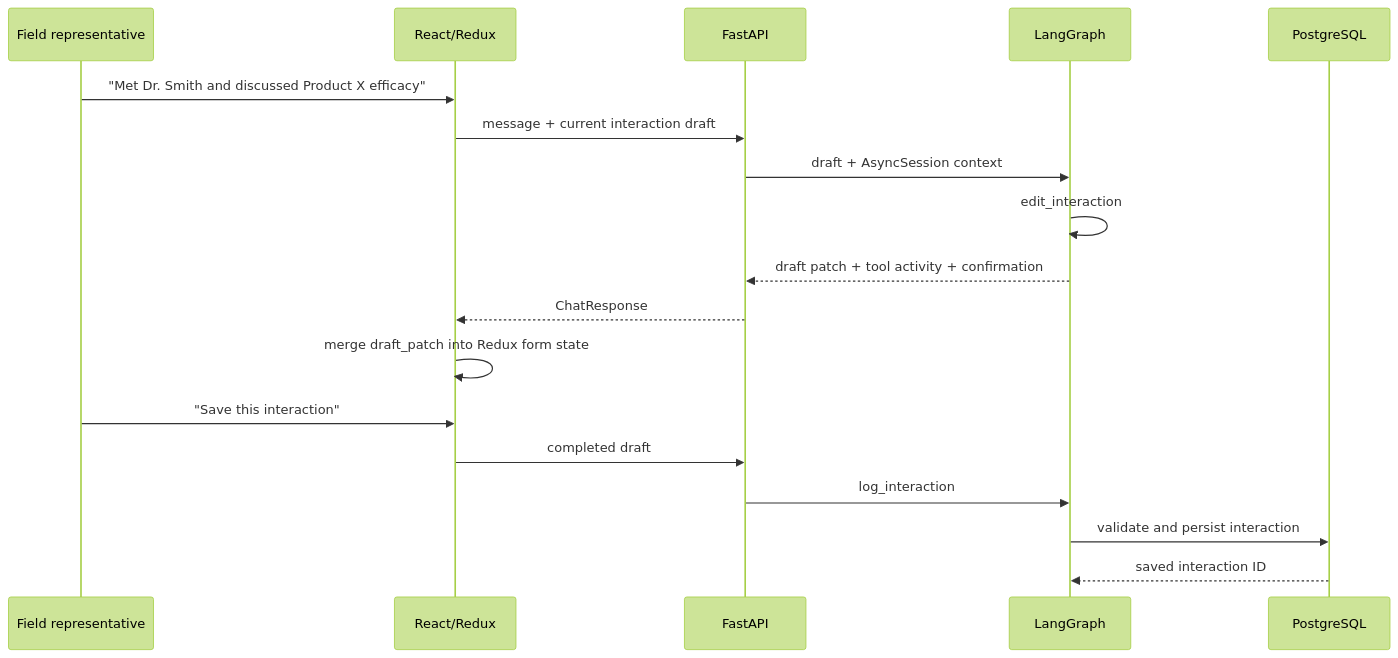
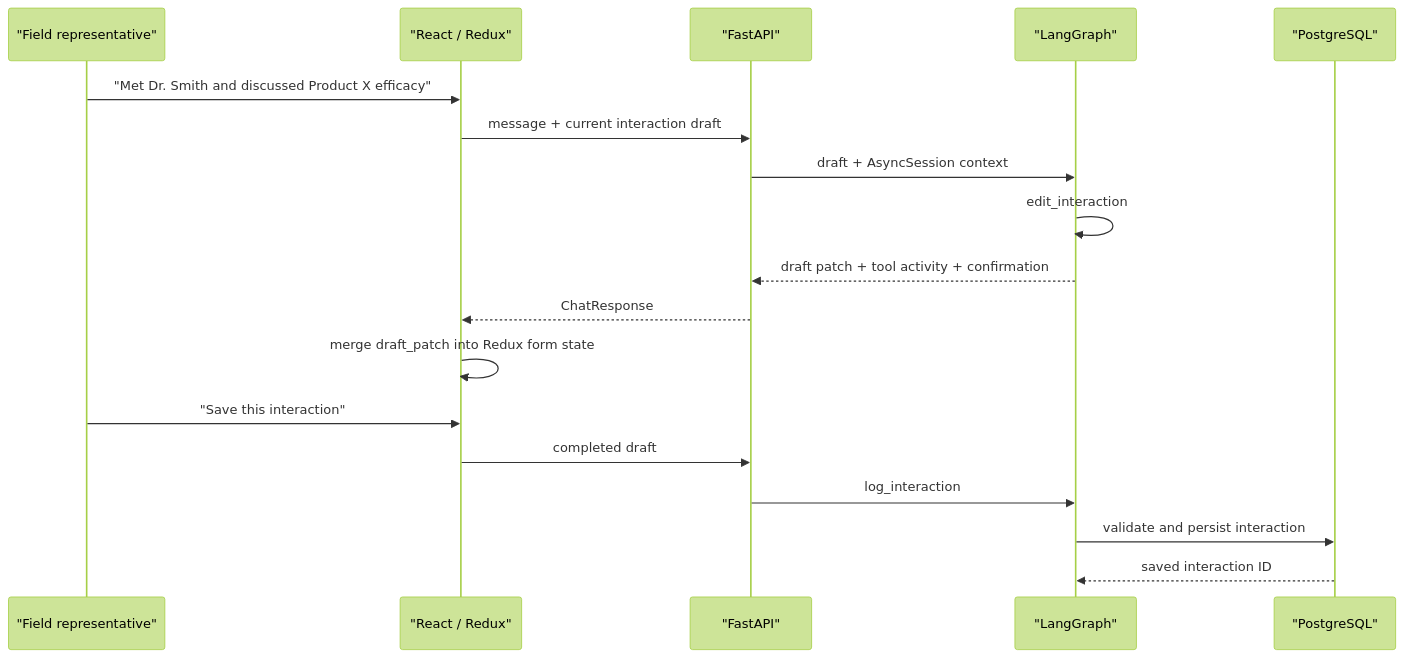
The third of 4 diagrams in server/README.md (Subham12R/hcp_crm), drawn with Mermaid (forest theme) before and after one commit. The commit also changed other lines of this file and 4 other files, not shown here.

Commit message:
fix: normalize HCP lookups and repair README Mermaid diagrams

````diff
--- a/server/README.md
+++ b/server/README.md
@@ -64,21 +64,21 @@
 ```mermaid
 sequenceDiagram
-    participant Rep as Field representative
-    participant UI as React/Redux
-    participant API as FastAPI
-    participant Graph as LangGraph
-    participant DB as PostgreSQL
+    participant Rep as "Field representative"
+    participant UI as "React / Redux"
+    participant API as "FastAPI"
+    participant Graph as "LangGraph"
+    participant DB as "PostgreSQL"
 
     Rep->>UI: "Met Dr. Smith and discussed Product X efficacy"
     UI->>API: message + current interaction draft
     API->>Graph: draft + AsyncSession context
     Graph->>Graph: edit_interaction
     Graph-->>API: draft patch + tool activity + confirmation
     API-->>UI: ChatResponse
     UI->>UI: merge draft_patch into Redux form state
     Rep->>UI: "Save this interaction"
     UI->>API: completed draft
     API->>Graph: log_interaction
     Graph->>DB: validate and persist interaction
     DB-->>Graph: saved interaction ID
 ```
````
